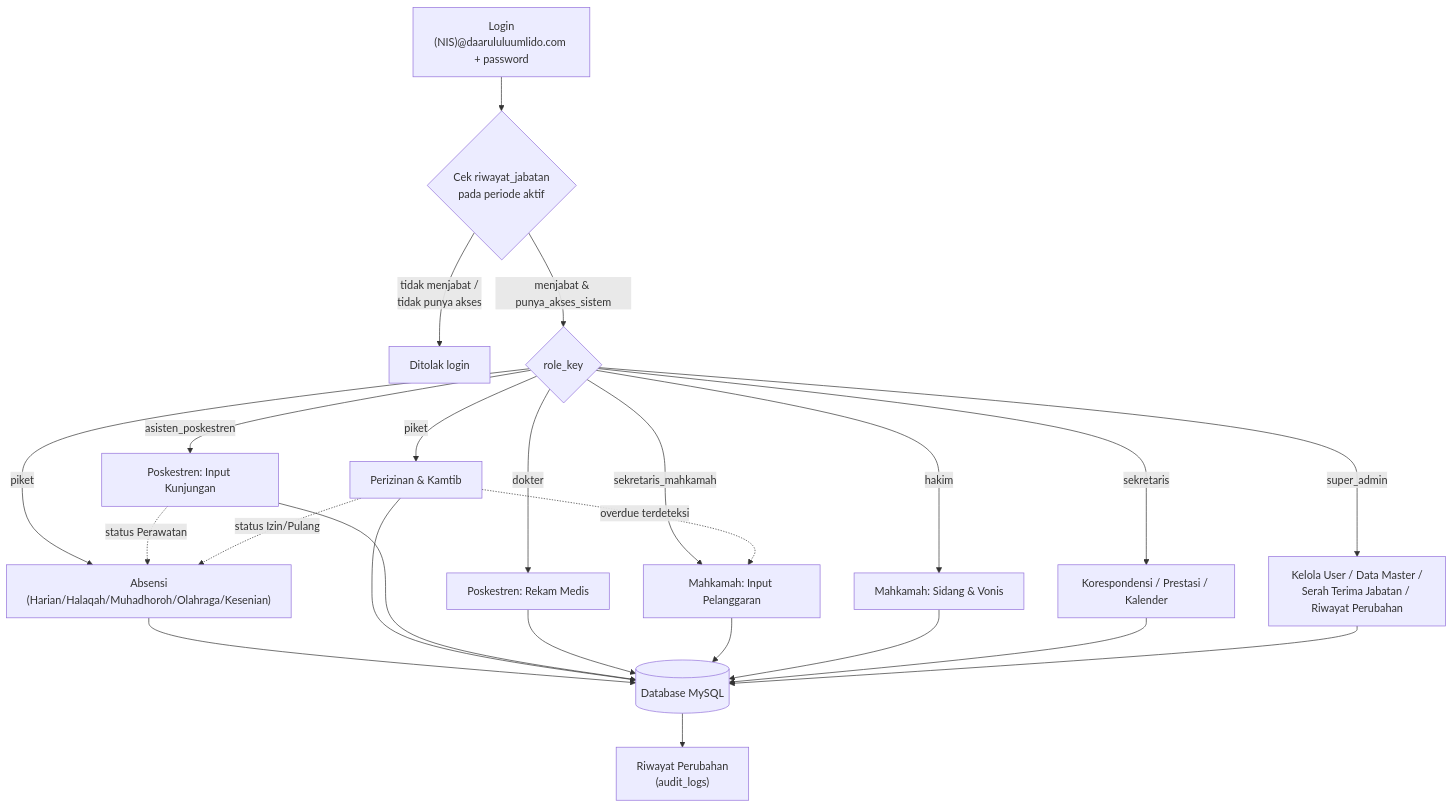
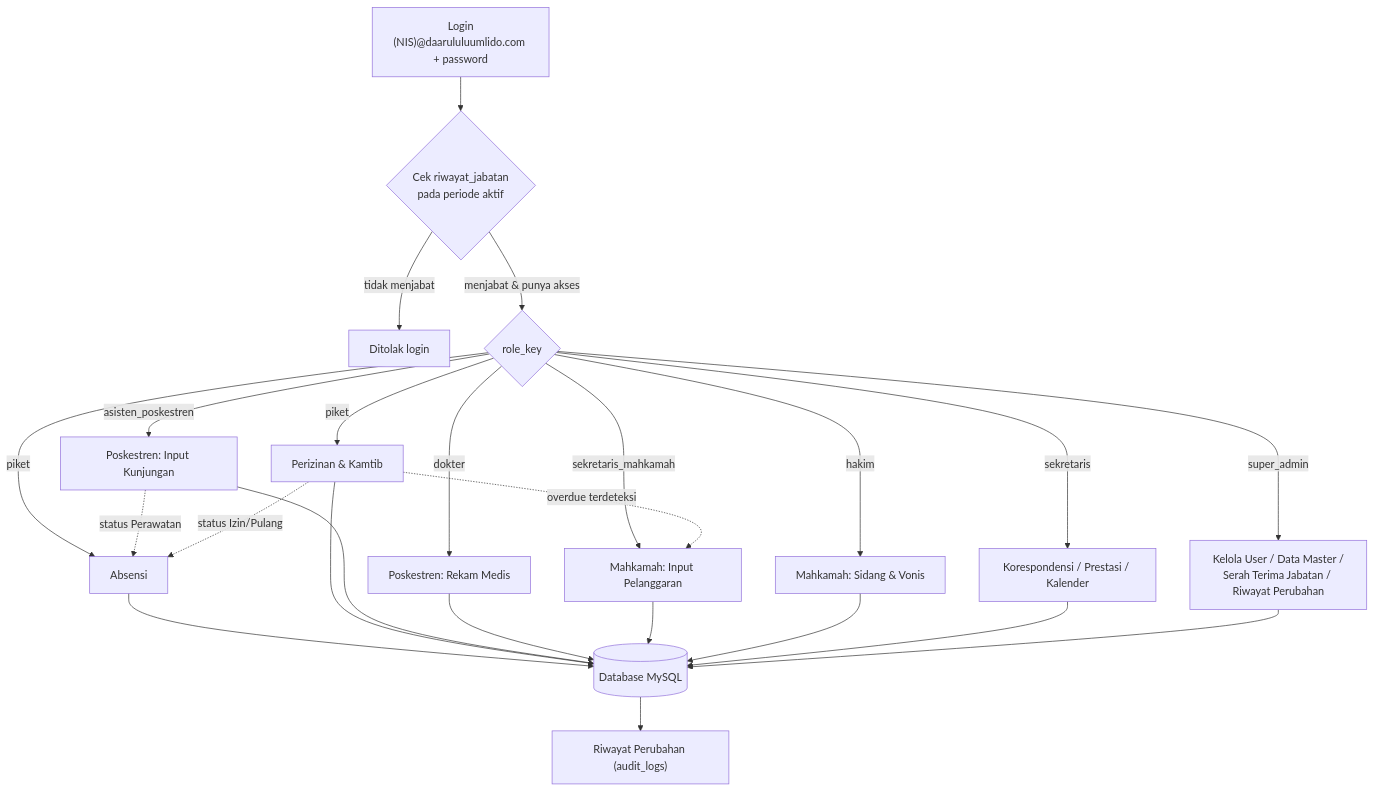
Before and after one commit to SiJao/ProjectJao: the diagram in README.md, drawn with Mermaid. The commit also changed other lines of this file, not shown here.

````diff
--- a/README.md
+++ b/README.md
@@ -25,30 +10,29 @@
 ```mermaid
 flowchart TD
     A["Login<br/>(NIS)@daarululuumlido.com + password"] --> B{"Cek riwayat_jabatan<br/>pada periode aktif"}
-    B -- "tidak menjabat /<br/>tidak punya akses" --> Z["Ditolak login"]
-    B -- "menjabat & punya_akses_sistem" --> C{"role_key"}
+    B -- "tidak menjabat" --> Z["Ditolak login"]
+    B -- "menjabat & punya akses" --> C{"role_key"}
 
-    C -- piket --> D1["Absensi<br/>(Harian/Halaqah/Muhadhoroh/Olahraga/Kesenian)"]
+    C -- piket --> D1["Absensi"]
     C -- piket --> D2["Perizinan & Kamtib"]
     C -- asisten_poskestren --> D3["Poskestren: Input Kunjungan"]
     C -- dokter --> D4["Poskestren: Rekam Medis"]
     C -- sekretaris_mahkamah --> D5["Mahkamah: Input Pelanggaran"]
     C -- hakim --> D6["Mahkamah: Sidang & Vonis"]
     C -- sekretaris --> D7["Korespondensi / Prestasi / Kalender"]
     C -- super_admin --> D8["Kelola User / Data Master /<br/>Serah Terima Jabatan / Riwayat Perubahan"]
 
     D1 --> E[("Database MySQL")]
     D2 --> E
     D3 --> E
     D4 --> E
     D5 --> E
     D6 --> E
     D7 --> E
     D8 --> E
 
     D2 -. "overdue terdeteksi" .-> D5
     D3 -. "status Perawatan" .-> D1
     D2 -. "status Izin/Pulang" .-> D1
-
-    E --> F["Riwayat Perubahan<br/>(audit_logs)"]
+    E --> F["Riwayat Perubahan (audit_logs)"]
 ```
````
